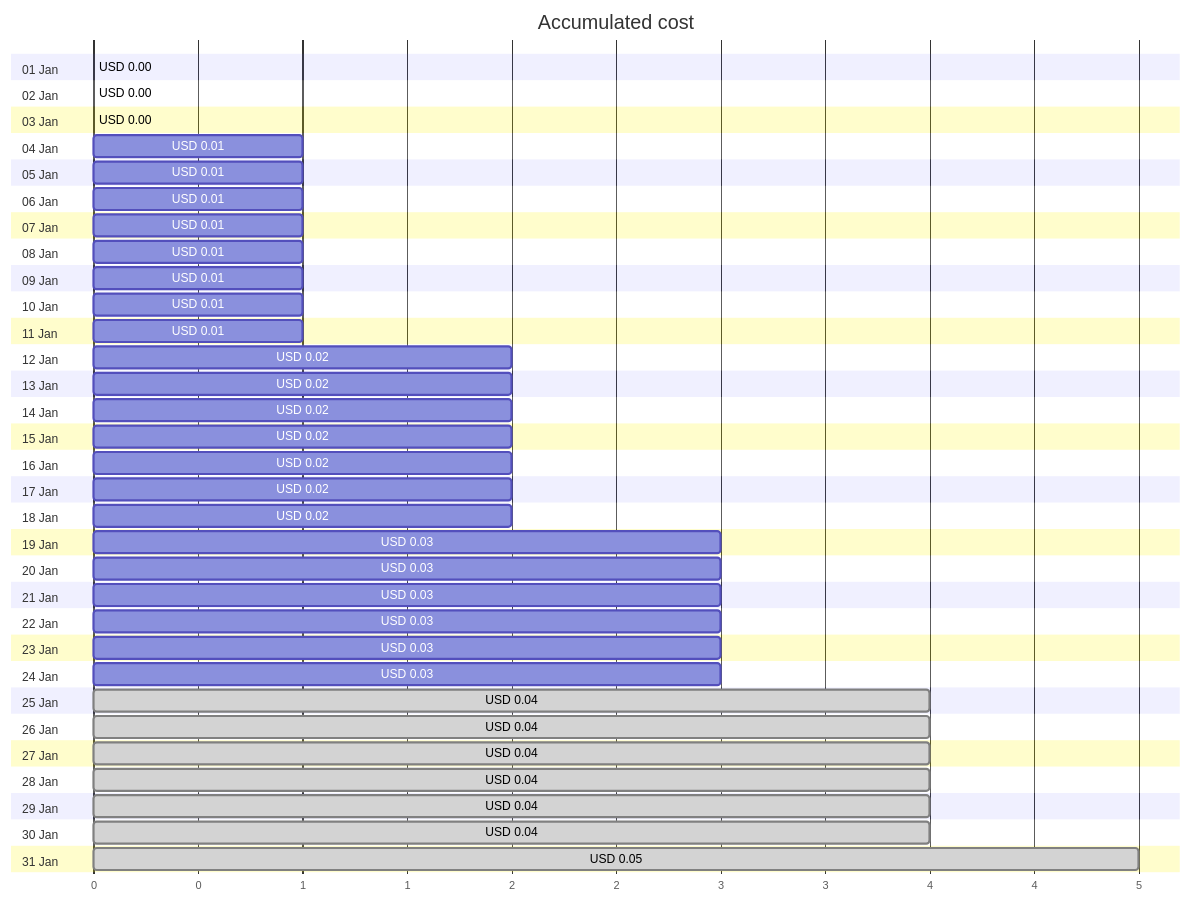
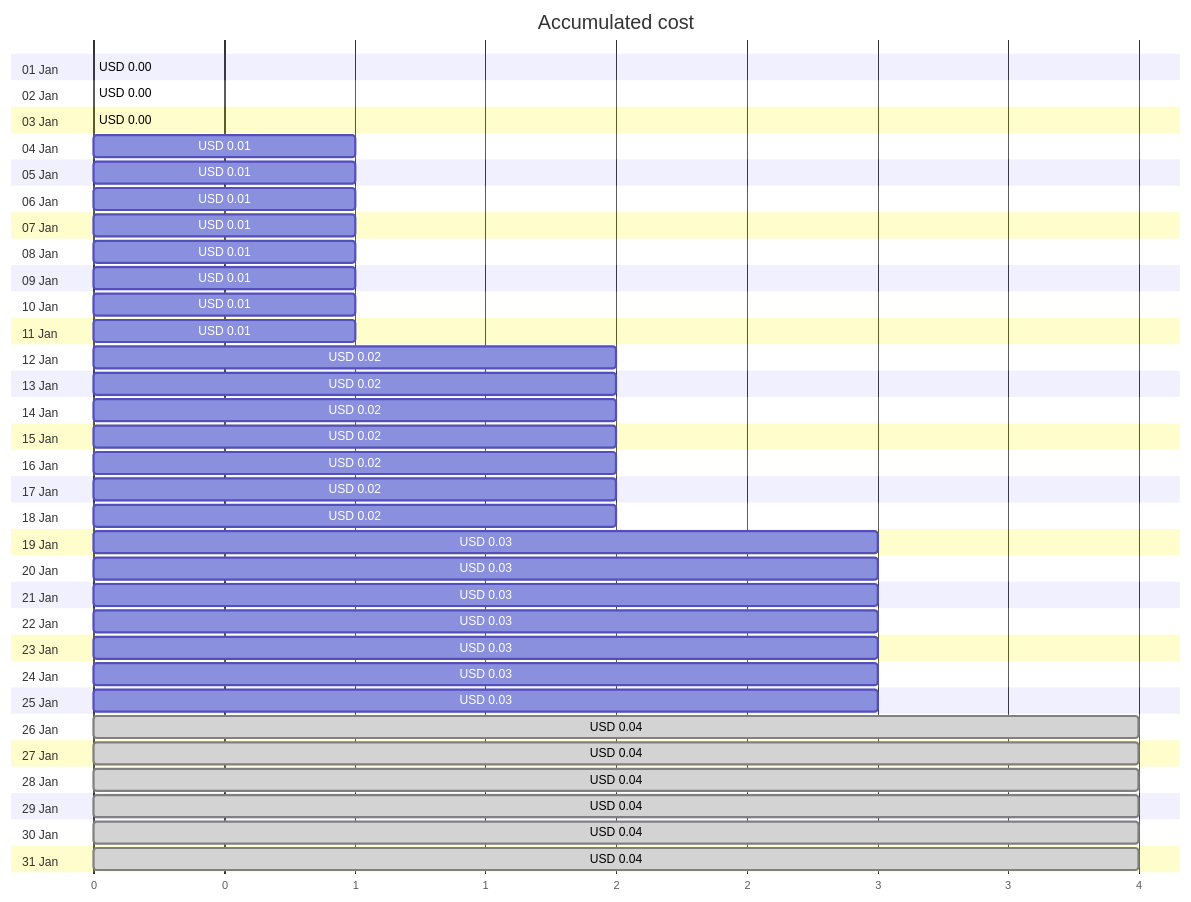
The first of 4 diagrams in cost-reports/personal-site/personalsiteapistorage.md (jpfulton/azure-personal-reports), drawn with Mermaid before and after one commit. The commit also changed other lines of this file and 7 other files, not shown here.

````diff
--- a/cost-reports/personal-site/personalsiteapistorage.md
+++ b/cost-reports/personal-site/personalsiteapistorage.md
@@ -20,68 +20,68 @@
 ```mermaid
 gantt
    title Accumulated cost
    dateFormat  X
    axisFormat %s
    section 01 Jan
    USD 0.00 :0, 0
    section 02 Jan
    USD 0.00 :0, 0
    section 03 Jan
    USD 0.00 :0, 0
    section 04 Jan
    USD 0.01 :0, 1
    section 05 Jan
    USD 0.01 :0, 1
    section 06 Jan
    USD 0.01 :0, 1
    section 07 Jan
    USD 0.01 :0, 1
    section 08 Jan
    USD 0.01 :0, 1
    section 09 Jan
    USD 0.01 :0, 1
    section 10 Jan
    USD 0.01 :0, 1
    section 11 Jan
    USD 0.01 :0, 1
    section 12 Jan
    USD 0.02 :0, 2
    section 13 Jan
    USD 0.02 :0, 2
    section 14 Jan
    USD 0.02 :0, 2
    section 15 Jan
    USD 0.02 :0, 2
    section 16 Jan
    USD 0.02 :0, 2
    section 17 Jan
    USD 0.02 :0, 2
    section 18 Jan
    USD 0.02 :0, 2
    section 19 Jan
    USD 0.03 :0, 3
    section 20 Jan
    USD 0.03 :0, 3
    section 21 Jan
    USD 0.03 :0, 3
    section 22 Jan
    USD 0.03 :0, 3
    section 23 Jan
    USD 0.03 :0, 3
    section 24 Jan
    USD 0.03 :0, 3
    section 25 Jan
-   USD 0.04 : done, 0, 4
+   USD 0.03 :0, 3
    section 26 Jan
    USD 0.04 : done, 0, 4
    section 27 Jan
    USD 0.04 : done, 0, 4
    section 28 Jan
    USD 0.04 : done, 0, 4
    section 29 Jan
    USD 0.04 : done, 0, 4
    section 30 Jan
    USD 0.04 : done, 0, 4
    section 31 Jan
-   USD 0.05 : done, 0, 5
+   USD 0.04 : done, 0, 4
 ```
````
